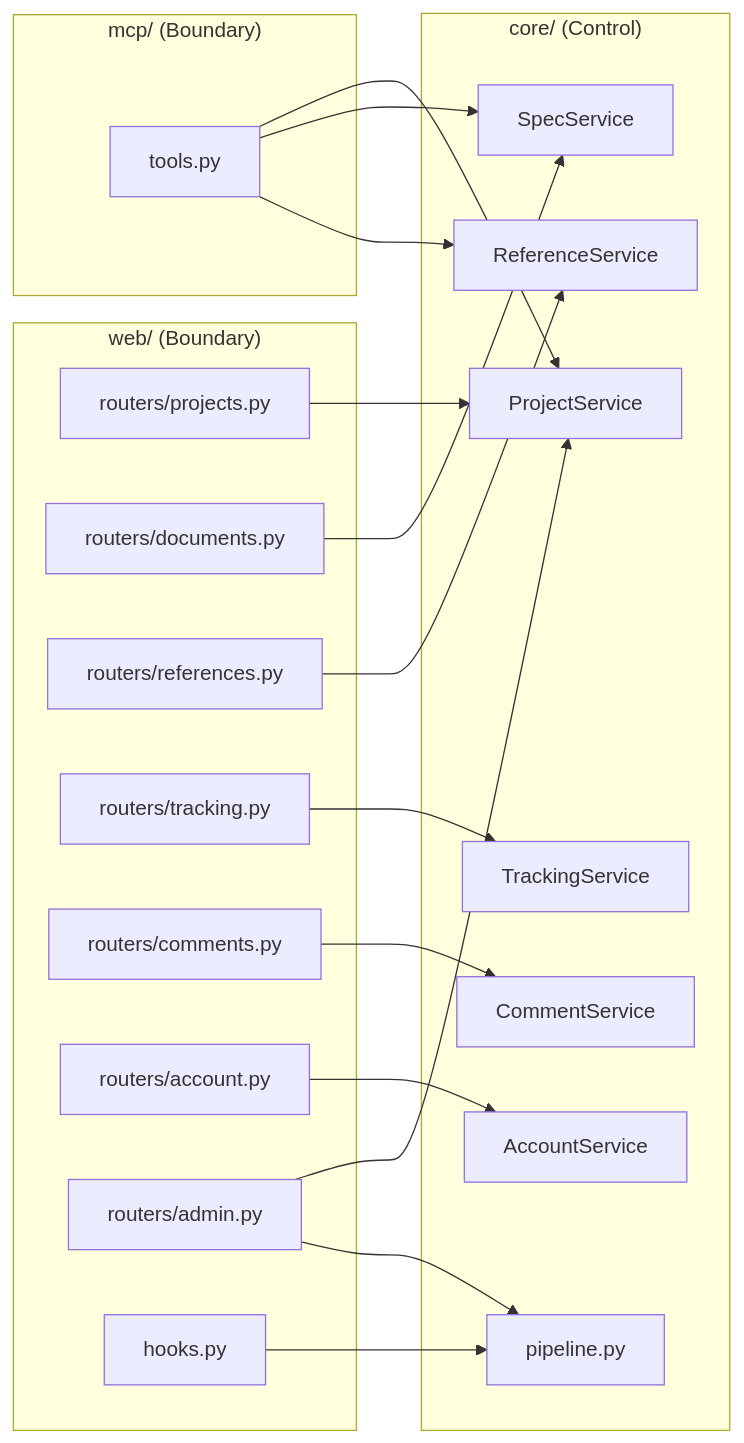
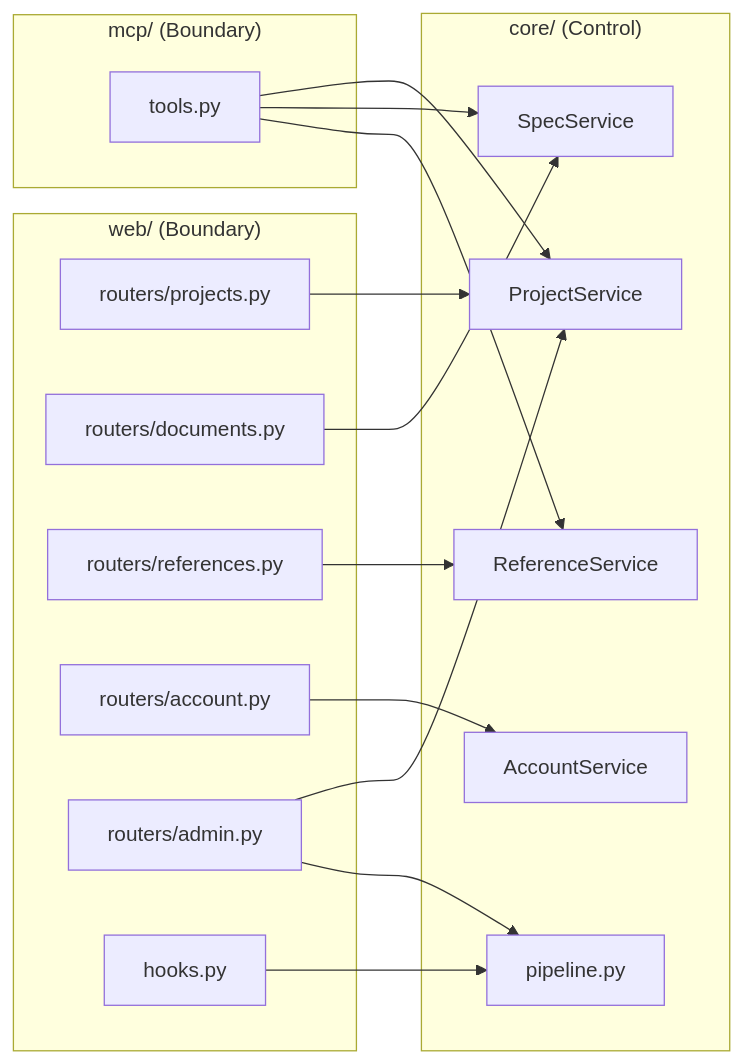
Diagram 11 of 16 in docs/specs/06-DOM/SYNC-DOM-002.md (HoyoungParkme/syncdoc), drawn with Mermaid before and after one commit. The commit also changed other lines of this file and 100 other files, not shown here.

````diff
--- a/docs/specs/06-DOM/SYNC-DOM-002.md
+++ b/docs/specs/06-DOM/SYNC-DOM-002.md
@@ -505,37 +429,31 @@
 ```mermaid
 flowchart LR
     subgraph web["web/ (Boundary)"]
         rp[routers/projects.py]
         rd[routers/documents.py]
         rr[routers/references.py]
-        rt[routers/tracking.py]
-        rc[routers/comments.py]
         ra[routers/account.py]
         rad[routers/admin.py]
         hk[hooks.py]
     end
     subgraph mcp["mcp/ (Boundary)"]
         mt[tools.py]
     end
     subgraph core["core/ (Control)"]
         PS[ProjectService]
         SS[SpecService]
         RS[ReferenceService]
-        TS[TrackingService]
-        CS[CommentService]
         AS[AccountService]
         PL[pipeline.py]
     end
     rp --> PS
     rd --> SS
     rr --> RS
-    rt --> TS
-    rc --> CS
     ra --> AS
     rad --> PS
     rad --> PL
     hk --> PL
     mt --> PS
     mt --> SS
     mt --> RS
 ```
````
